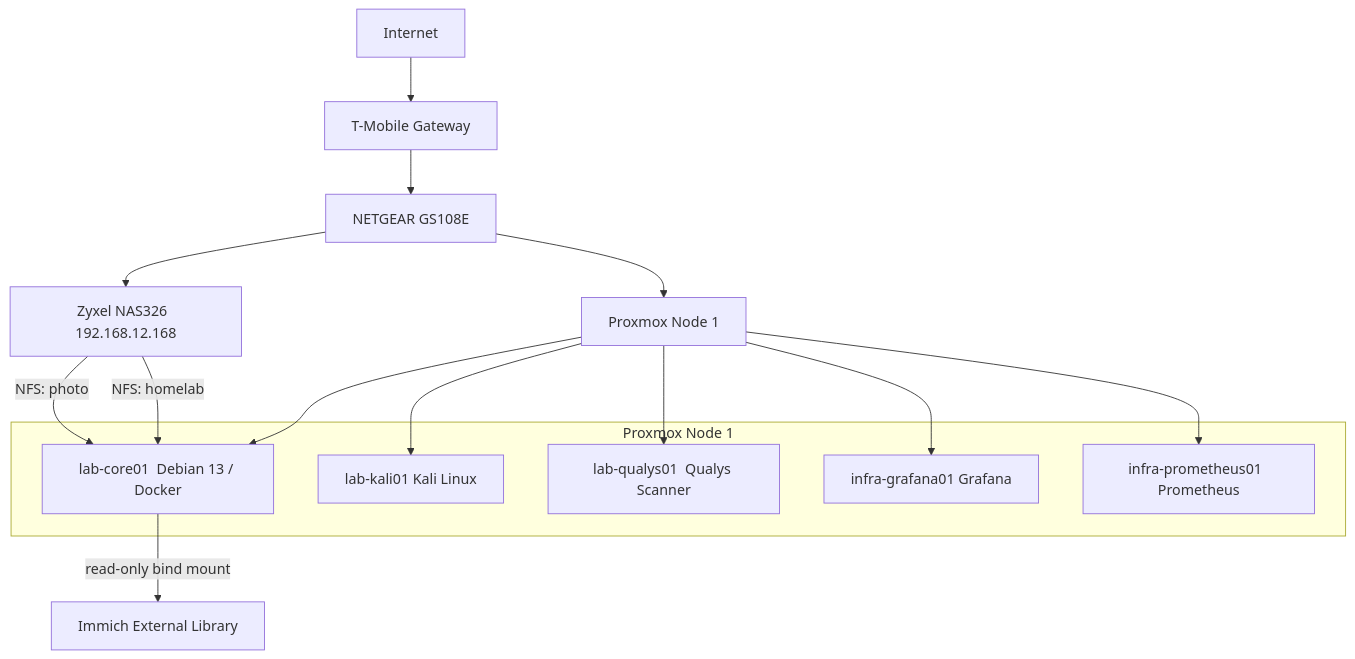
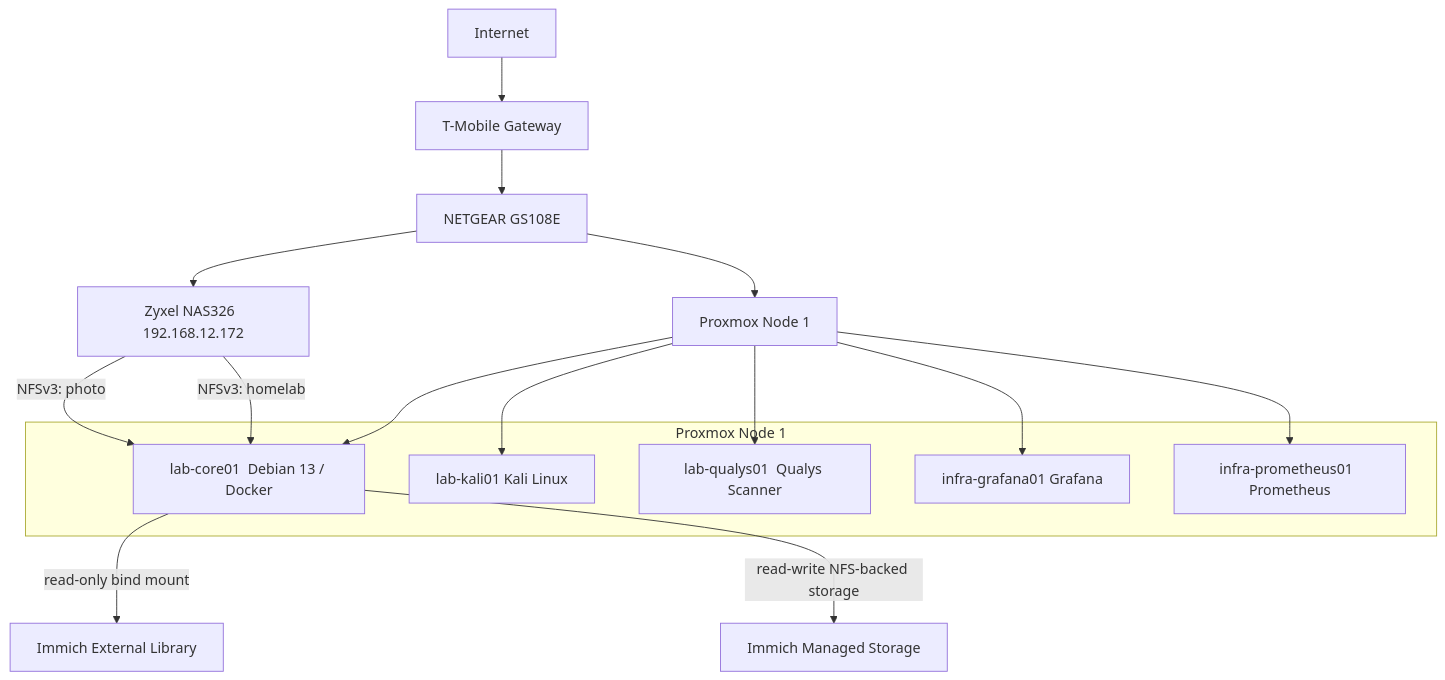
The first of 3 diagrams in docs/architecture.md (Tearstone/tearstone-homelab), drawn with Mermaid before and after one commit. The commit also changed other lines of this file, not shown here.

Commit message:
Document current Immich and NAS storage architecture

````diff
--- a/docs/architecture.md
+++ b/docs/architecture.md
@@ -5,26 +5,27 @@
 ```mermaid
 graph TD
     Internet --> Router["T-Mobile Gateway"]
     Router --> Switch["NETGEAR GS108E"]
 
     Switch --> Proxmox["Proxmox Node 1"]
-    Switch --> NAS["Zyxel NAS326  192.168.12.168"]
+    Switch --> NAS["Zyxel NAS326  192.168.12.172"]
 
     subgraph "Proxmox Node 1"
         Core["lab-core01  Debian 13 / Docker"]
         Kali["lab-kali01  Kali Linux"]
         Qualys["lab-qualys01  Qualys Scanner"]
         Grafana["infra-grafana01  Grafana"]
         Prometheus["infra-prometheus01  Prometheus"]
     end
 
     Proxmox --> Core
     Proxmox --> Kali
     Proxmox --> Qualys
     Proxmox --> Grafana
     Proxmox --> Prometheus
 
-    NAS -->|"NFS: homelab"| Core
-    NAS -->|"NFS: photo"| Core
-    Core -->|"read-only bind mount"| Immich["Immich External Library"]
+    NAS -->|"NFSv3: homelab"| Core
+    NAS -->|"NFSv3: photo"| Core
+    Core -->|"read-only bind mount"| External["Immich External Library"]
+    Core -->|"read-write NFS-backed storage"| Immich["Immich Managed Storage"]
 ```
````
